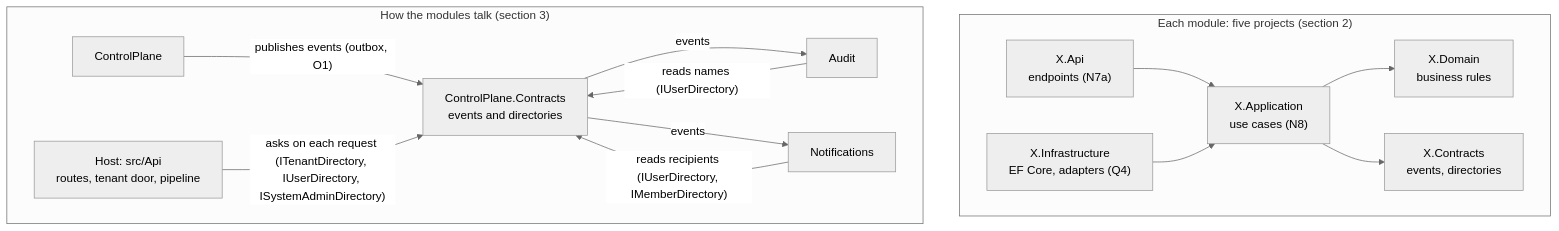
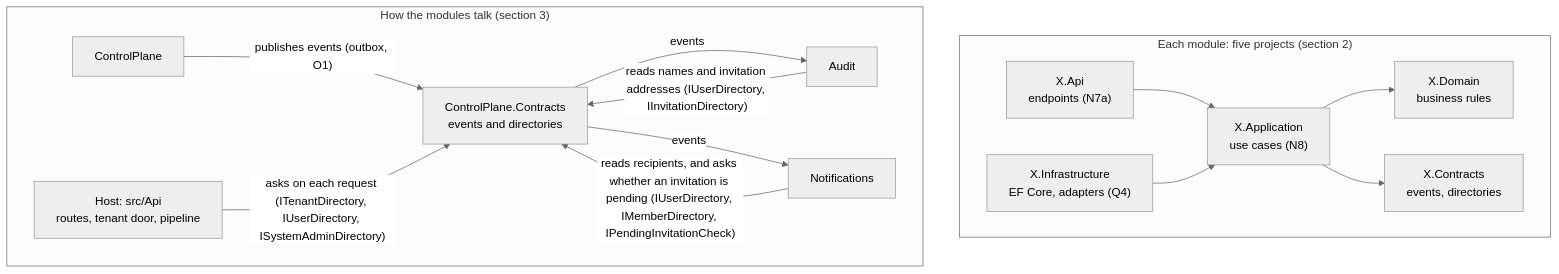
The diagram in apps/api/docs/ARCHITECTURE.md (sufyant/multi-tenant-saas-starter), drawn with Mermaid (neutral theme) before and after one commit. The commit also changed other lines of this file and 44 other files, not shown here.

````diff
--- a/apps/api/docs/ARCHITECTURE.md
+++ b/apps/api/docs/ARCHITECTURE.md
@@ -13,24 +13,24 @@
 ```mermaid
 flowchart TB
   subgraph module["Each module: five projects (section 2)"]
     direction LR
     api["X.Api<br/>endpoints (N7a)"] --> app["X.Application<br/>use cases (N8)"]
     app --> domain["X.Domain<br/>business rules"]
     infra["X.Infrastructure<br/>EF Core, adapters (Q4)"] --> app
     app --> contracts["X.Contracts<br/>events, directories"]
   end
   subgraph modules["How the modules talk (section 3)"]
     direction LR
     host["Host: src/Api<br/>routes, tenant door, pipeline"]
     cp["ControlPlane"]
     cpc["ControlPlane.Contracts<br/>events and directories"]
     audit["Audit"]
     notify["Notifications"]
     cp -- "publishes events (outbox, O1)" --> cpc
     cpc -- "events" --> audit
     cpc -- "events" --> notify
-    audit -- "reads names (IUserDirectory)" --> cpc
-    notify -- "reads recipients (IUserDirectory, IMemberDirectory)" --> cpc
+    audit -- "reads names and invitation addresses (IUserDirectory, IInvitationDirectory)" --> cpc
+    notify -- "reads recipients, and asks whether an invitation is pending (IUserDirectory, IMemberDirectory, IPendingInvitationCheck)" --> cpc
     host -- "asks on each request (ITenantDirectory, IUserDirectory, ISystemAdminDirectory)" --> cpc
   end
 ```
````
